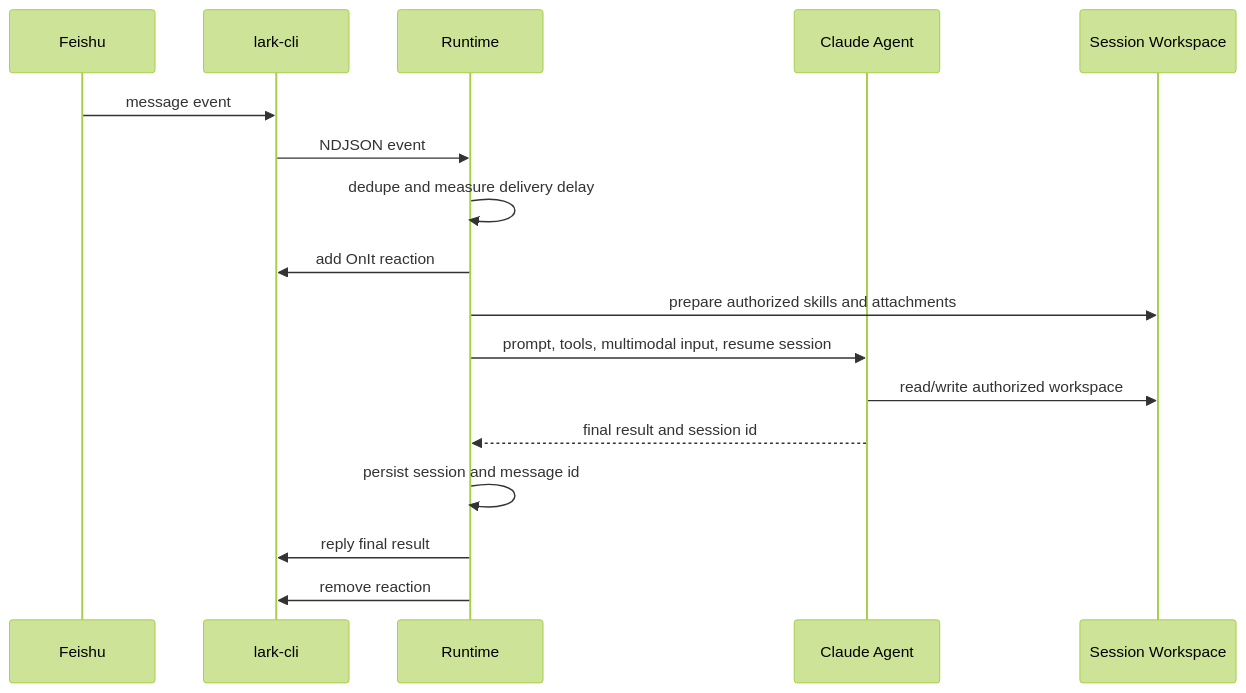
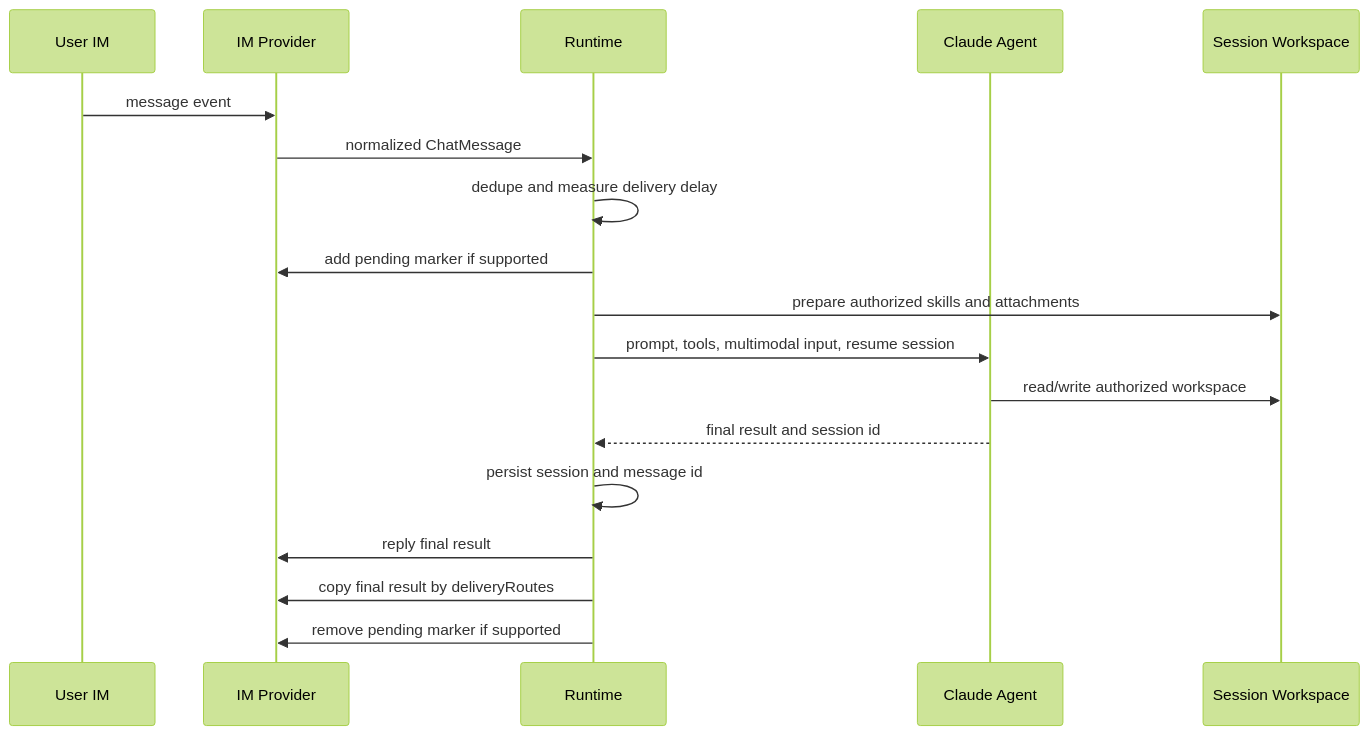
One commit to Quarkfan/QuarkFanTools changed the second of 2 diagrams in docs/architecture.md. Above: the diagram before and after it, drawn with Mermaid (forest theme). The commit also changed other lines of this file and 65 other files, not shown here.

````diff
--- a/docs/architecture.md
+++ b/docs/architecture.md
@@ -26,20 +29,21 @@
 ```mermaid
 sequenceDiagram
-    participant F as Feishu
-    participant L as lark-cli
+    participant U as User IM
+    participant I as IM Provider
     participant R as Runtime
     participant C as Claude Agent
     participant W as Session Workspace
 
-    F->>L: message event
-    L->>R: NDJSON event
+    U->>I: message event
+    I->>R: normalized ChatMessage
     R->>R: dedupe and measure delivery delay
-    R->>L: add OnIt reaction
+    R->>I: add pending marker if supported
     R->>W: prepare authorized skills and attachments
     R->>C: prompt, tools, multimodal input, resume session
     C->>W: read/write authorized workspace
     C-->>R: final result and session id
     R->>R: persist session and message id
-    R->>L: reply final result
-    R->>L: remove reaction
+    R->>I: reply final result
+    R->>I: copy final result by deliveryRoutes
+    R->>I: remove pending marker if supported
 ```
````
